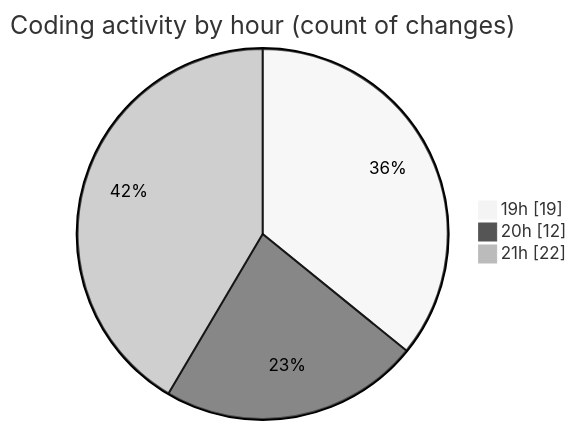
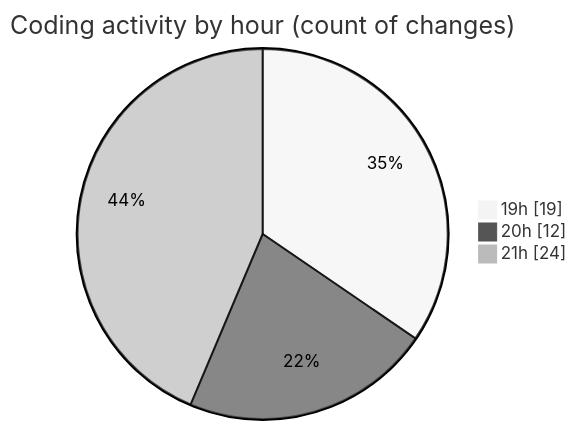
One commit to lephambinh05/code-tracking changed the second of 2 diagrams in 2025-07-28/quanlyrapchieuphim-2/README.md. Above: the diagram before and after it, drawn with Mermaid (neutral theme). The commit also changed other lines of this file and 1 other file, not shown here.

````diff
--- a/2025-07-28/quanlyrapchieuphim-2/README.md
+++ b/2025-07-28/quanlyrapchieuphim-2/README.md
@@ -49,7 +50,7 @@
 ```mermaid
 pie showData
 title Coding activity by hour (count of changes)
 "19h" : 19
 "20h" : 12
-"21h" : 22
+"21h" : 24
 ```
````
